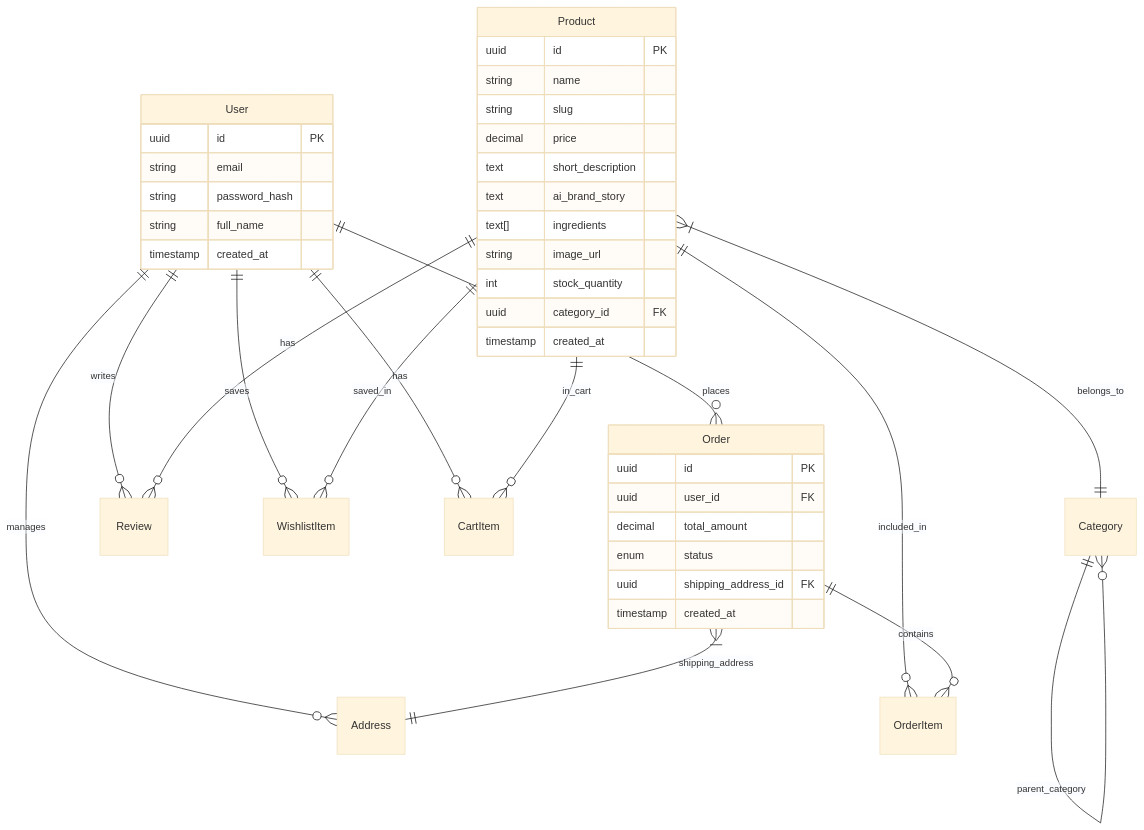
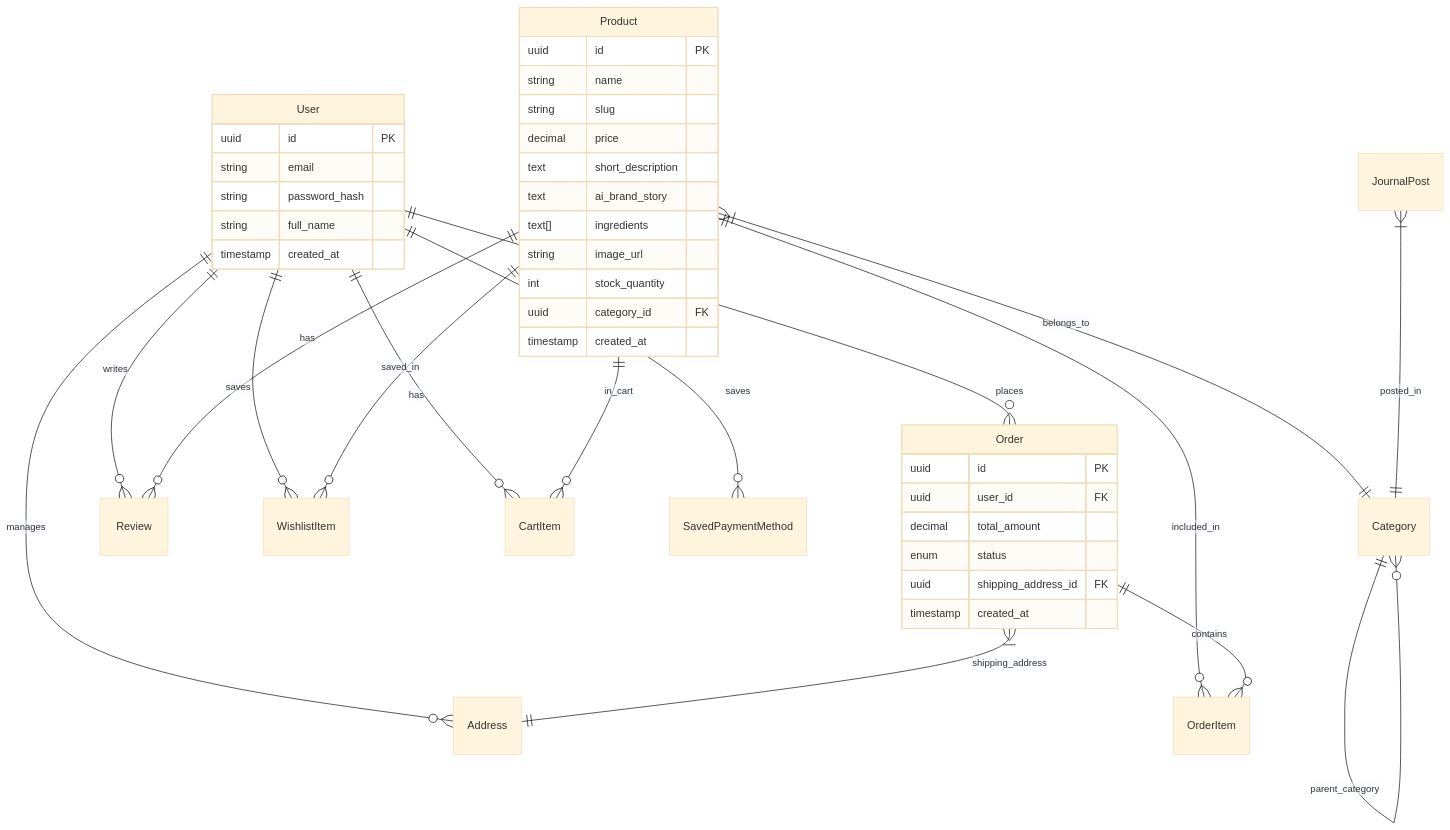
One commit to DSamuelHodge/yara-lane changed the diagram in schema.md. Above: the diagram before and after it, drawn with Mermaid (base theme). The commit also changed other lines of this file and 4 other files, not shown here.

````diff
--- a/schema.md
+++ b/schema.md
@@ -9,50 +9,53 @@
 ```mermaid
 erDiagram
     User ||--o{ Order : places
     User ||--o{ Review : writes
     User ||--o{ WishlistItem : saves
     User ||--o{ CartItem : has
     User ||--o{ Address : manages
+    User ||--o{ SavedPaymentMethod : saves
 
     Product ||--o{ Review : has
     Product ||--o{ WishlistItem : saved_in
     Product ||--o{ CartItem : in_cart
     Product ||--o{ OrderItem : included_in
     Product }|--|| Category : belongs_to
 
     Order ||--o{ OrderItem : contains
     Order }|--|| Address : shipping_address
     
     Category ||--o{ Category : parent_category
+    
+    JournalPost }|--|| Category : posted_in
 
     User {
         uuid id PK
         string email
         string password_hash
         string full_name
         timestamp created_at
     }
 
     Product {
         uuid id PK
         string name
         string slug
         decimal price
         text short_description
         text ai_brand_story
         text[] ingredients
         string image_url
         int stock_quantity
         uuid category_id FK
         timestamp created_at
     }
 
     Order {
         uuid id PK
         uuid user_id FK
         decimal total_amount
         enum status
         uuid shipping_address_id FK
         timestamp created_at
     }
 ```
````
